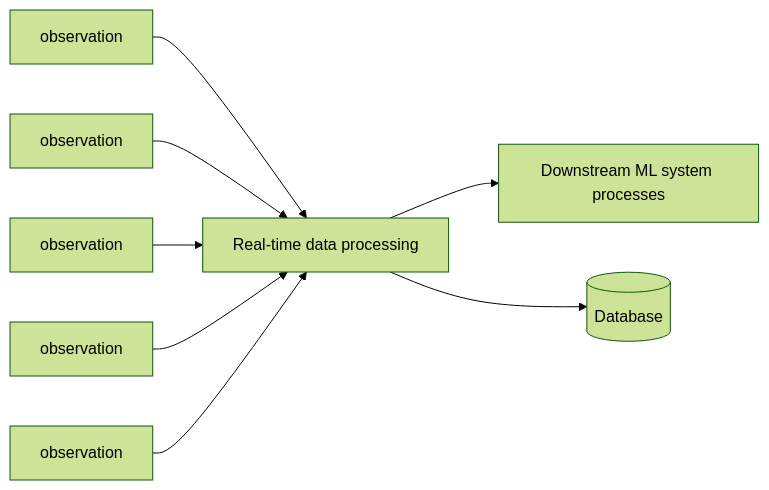
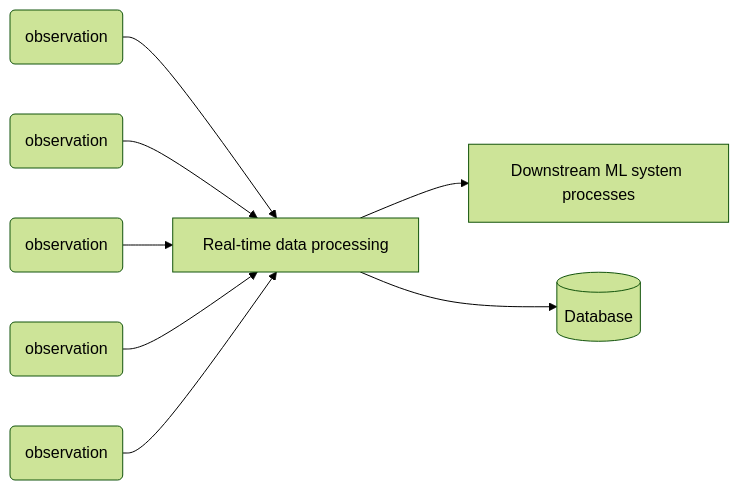
Before and after one commit to bradleyboehmke/uc-bana-7075: the third of 6 diagrams in book/03-dataops-role.qmd, drawn with Mermaid (forest theme). The commit also changed other lines of this file, not shown here.

Commit message:
Add DataOps diagrams/figures

````diff
--- a/book/03-dataops-role.qmd
+++ b/book/03-dataops-role.qmd
@@ -157,15 +157,15 @@
 ```{mermaid}
 %%| fig-cap: "Streaming, or real-time, systems process each observation as it comes in and then feeds that data to downstream ML systems and, simoultaneously, to a database for longterm storage."
 %%| label: fig-streaming
 
 flowchart LR
-    ob1[observation] --> processing[Real-time data processing]
-    ob2[observation] --> processing
-    ob3[observation] --> processing
-    ob4[observation] --> processing
-    ob5[observation] --> processing
+    ob1(observation) --> processing[Real-time data processing]
+    ob2(observation) --> processing
+    ob3(observation) --> processing
+    ob4(observation) --> processing
+    ob5(observation) --> processing
 
     processing --> downstream[Downstream ML system processes]
     processing --> id3[(Database)]
 
 ```
````
